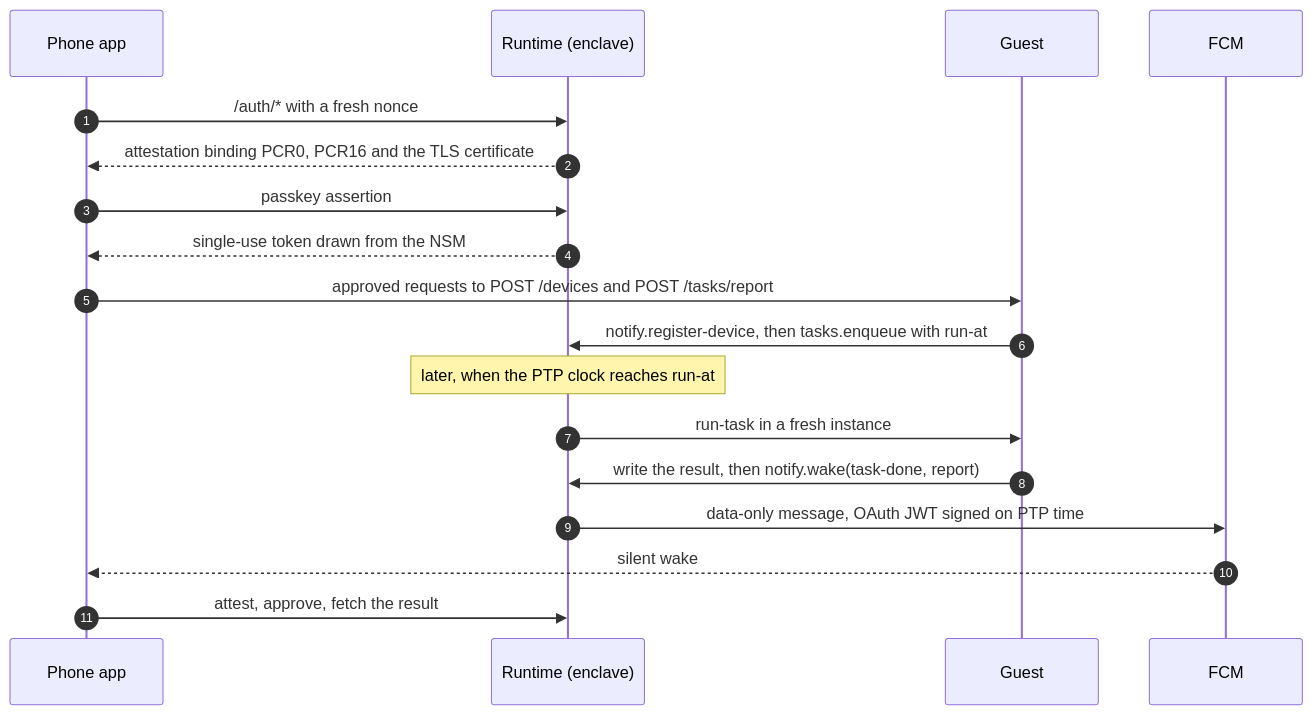
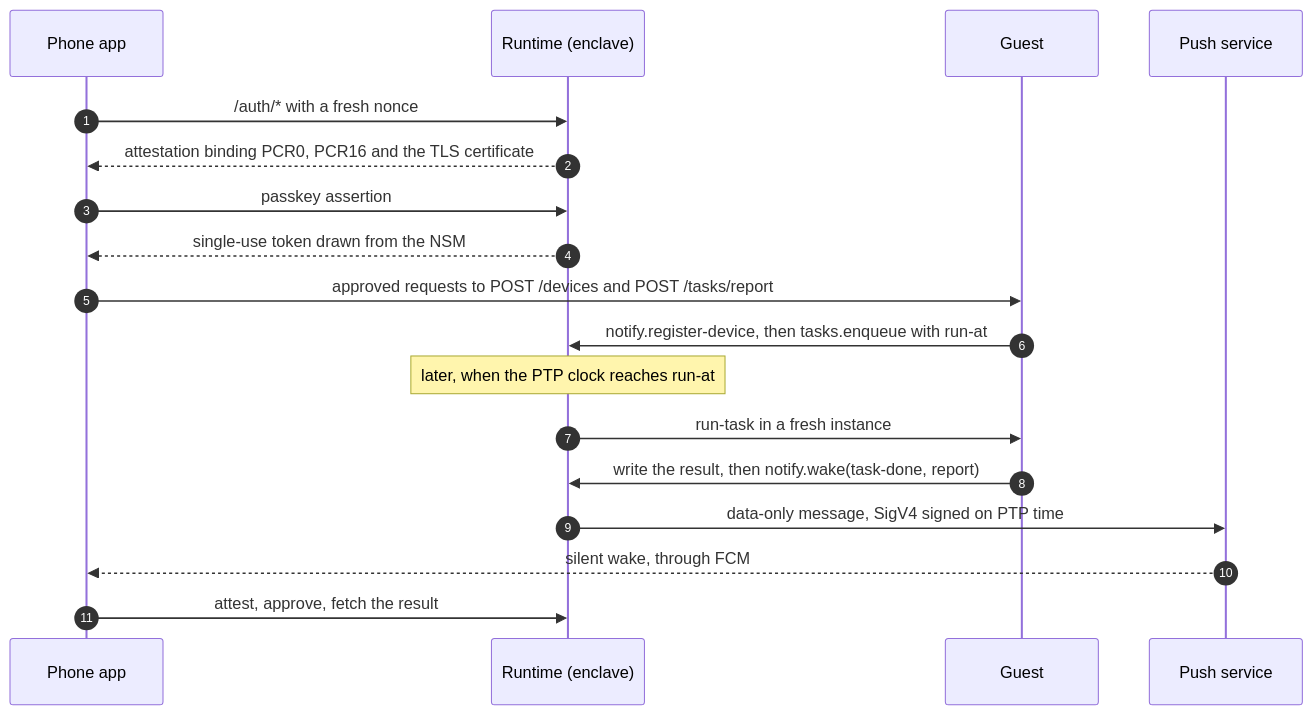
The second of 3 diagrams in README.md (BitspendPayment/enclave-runtime), drawn with Mermaid before and after one commit. The commit also changed other lines of this file and 52 other files, not shown here.

````diff
--- a/README.md
+++ b/README.md
@@ -206,20 +205,20 @@
 ```mermaid
 sequenceDiagram
     autonumber
     participant App as Phone app
     participant RT as Runtime (enclave)
     participant G as Guest
-    participant FCM
+    participant Push as Push service
     App->>RT: /auth/* with a fresh nonce
     RT-->>App: attestation binding PCR0, PCR16 and the TLS certificate
     App->>RT: passkey assertion
     RT-->>App: single-use token drawn from the NSM
     App->>G: approved requests to POST /devices and POST /tasks/report
     G->>RT: notify.register-device, then tasks.enqueue with run-at
     Note over RT: later, when the PTP clock reaches run-at
     RT->>G: run-task in a fresh instance
     G->>RT: write the result, then notify.wake(task-done, report)
-    RT->>FCM: data-only message, OAuth JWT signed on PTP time
-    FCM-->>App: silent wake
+    RT->>Push: data-only message, SigV4 signed on PTP time
+    Push-->>App: silent wake, through FCM
     App->>RT: attest, approve, fetch the result
 ```
````
